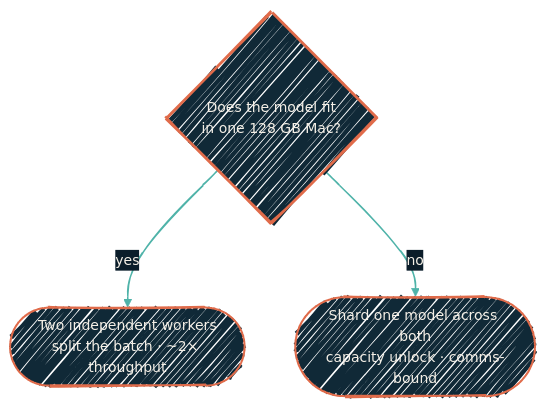
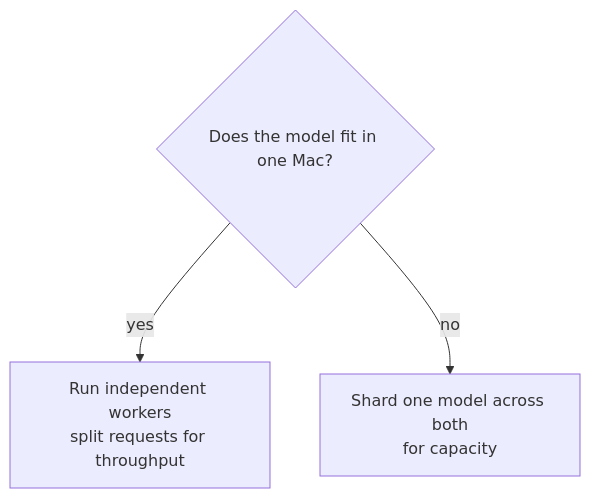
The diagram in local-llm/distributed.mdx (dryvist/docs), drawn with Mermaid before and after one commit. The commit also changed other lines of this file and 2 other files, not shown here.

````diff
--- a/local-llm/distributed.mdx
+++ b/local-llm/distributed.mdx
@@ -74,18 +28,8 @@
 ```mermaid
-%%{init:
-  {'theme':'base','look':'handDrawn','themeVariables':{'fontFamily':'Geist','fontSize':'14px','primaryColor':'#102937','primaryTextColor':'#F4EFE6','primaryBorderColor':'#4FB3A9','lineColor':'#4FB3A9','secondaryColor':'#0B1D2A','tertiaryColor':'#1A2A38','clusterBkg':'rgba(79,179,169,0.08)','clusterBorder':'#4FB3A9'}}}%%
-  flowchart TB
-  Q{Does the model fit<br/>in one 128 GB Mac?}
-  Two([Two independent workers<br/>split the batch · ~2× throughput])
-  Shard([Shard one model across both<br/>capacity unlock · comms-bound])
-
+flowchart TB
+  Q{Does the model fit in one Mac?}
+  Two[Run independent workers<br/>split requests for throughput]
+  Shard[Shard one model across both<br/>for capacity]
   Q -->|yes| Two
   Q -->|no| Shard
-
-  classDef gate fill:#102937,stroke:#E06B4A,stroke-width:2.5px,color:#F4EFE6;
-  classDef ai   fill:#102937,stroke:#E06B4A,stroke-width:2px,color:#F4EFE6;
-  class Q gate
-  class Two,Shard ai
-
-  linkStyle 0,1 stroke:#4FB3A9,stroke-width:1.5px;
 ```
````
